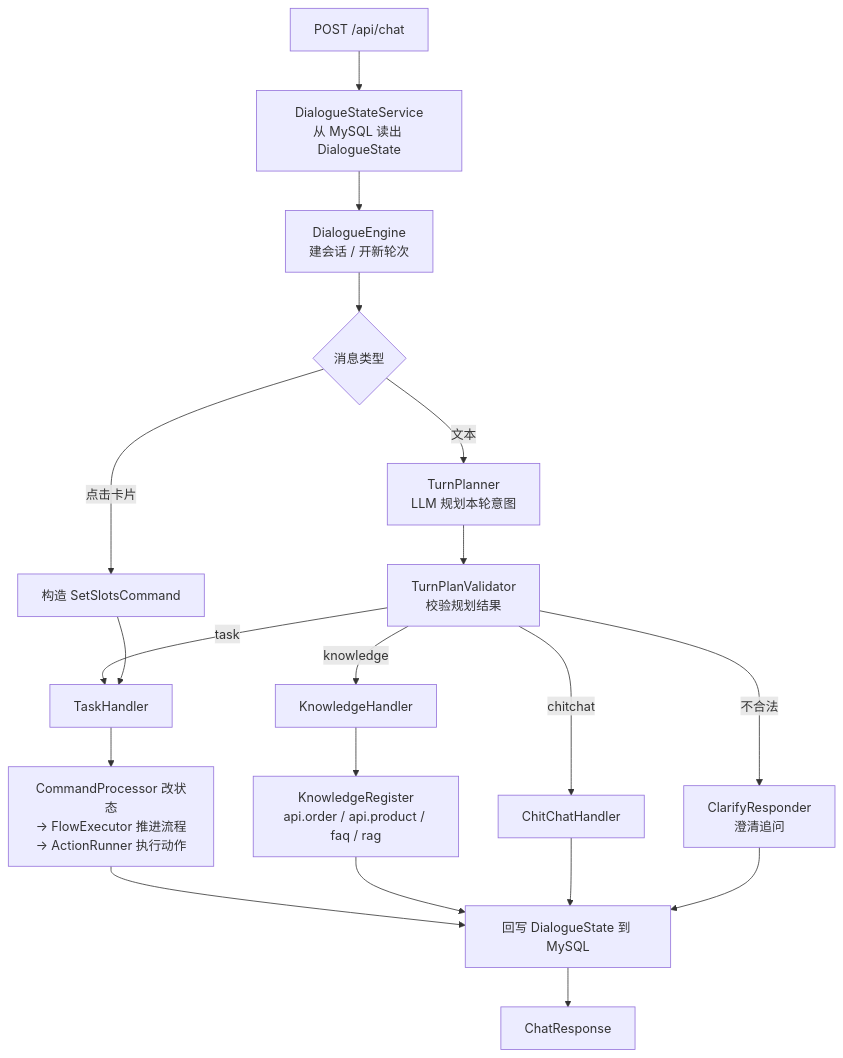
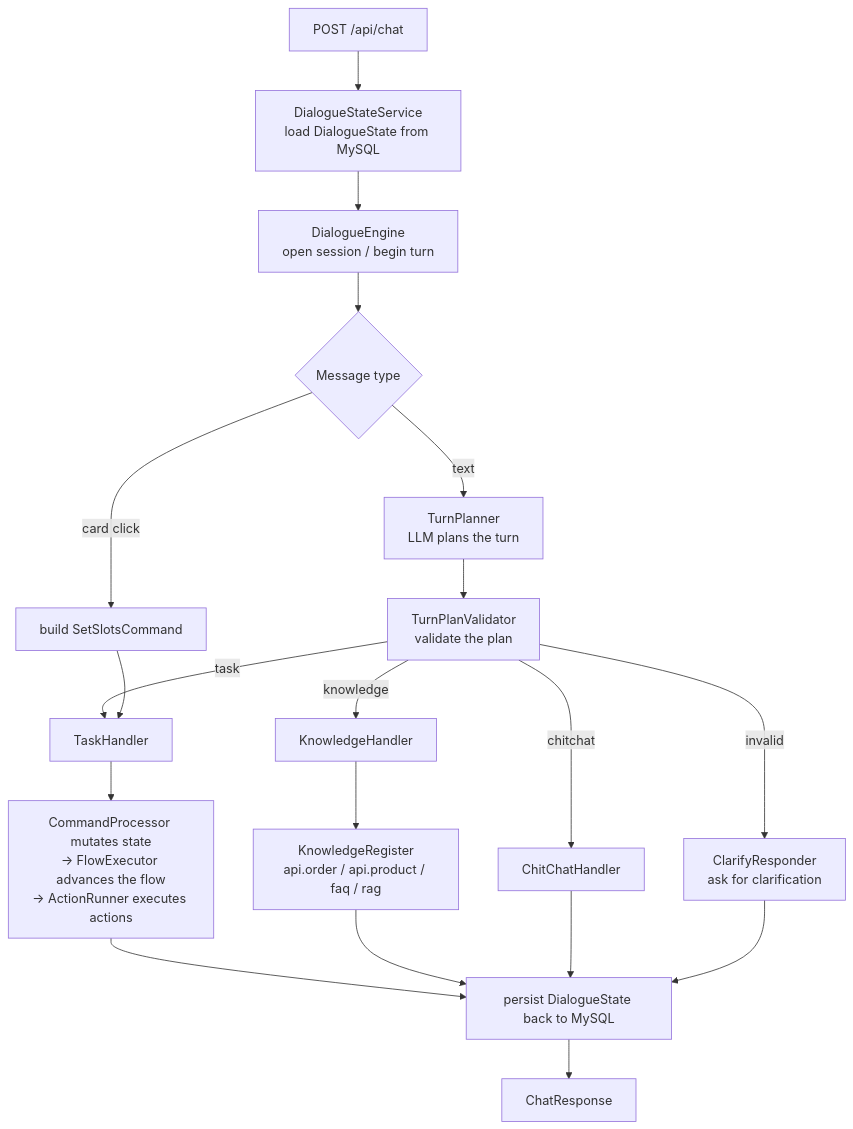
The diagram in README.md (entingwu/BusinessAgent), drawn with Mermaid before and after one commit. The commit also changed other lines of this file, not shown here.

````diff
--- a/README.md
+++ b/README.md
@@ -74,21 +74,21 @@
 ```mermaid
 flowchart TD
-    A["POST /api/chat"] --> B["DialogueStateService<br/>从 MySQL 读出 DialogueState"]
-    B --> C["DialogueEngine<br/>建会话 / 开新轮次"]
-    C --> D{"消息类型"}
-    D -->|文本| E["TurnPlanner<br/>LLM 规划本轮意图"]
-    D -->|点击卡片| F["构造 SetSlotsCommand"]
-    E --> G["TurnPlanValidator<br/>校验规划结果"]
-    G -->|不合法| H["ClarifyResponder<br/>澄清追问"]
+    A["POST /api/chat"] --> B["DialogueStateService<br/>load DialogueState from MySQL"]
+    B --> C["DialogueEngine<br/>open session / begin turn"]
+    C --> D{"Message type"}
+    D -->|text| E["TurnPlanner<br/>LLM plans the turn"]
+    D -->|card click| F["build SetSlotsCommand"]
+    E --> G["TurnPlanValidator<br/>validate the plan"]
+    G -->|invalid| H["ClarifyResponder<br/>ask for clarification"]
     G -->|task| I["TaskHandler"]
     G -->|knowledge| J["KnowledgeHandler"]
     G -->|chitchat| K["ChitChatHandler"]
     F --> I
-    I --> L["CommandProcessor 改状态<br/>→ FlowExecutor 推进流程<br/>→ ActionRunner 执行动作"]
+    I --> L["CommandProcessor mutates state<br/>→ FlowExecutor advances the flow<br/>→ ActionRunner executes actions"]
     J --> M["KnowledgeRegister<br/>api.order / api.product / faq / rag"]
-    L --> N["回写 DialogueState 到 MySQL"]
+    L --> N["persist DialogueState back to MySQL"]
     M --> N
     K --> N
     H --> N
     N --> O["ChatResponse"]
 ```
````
